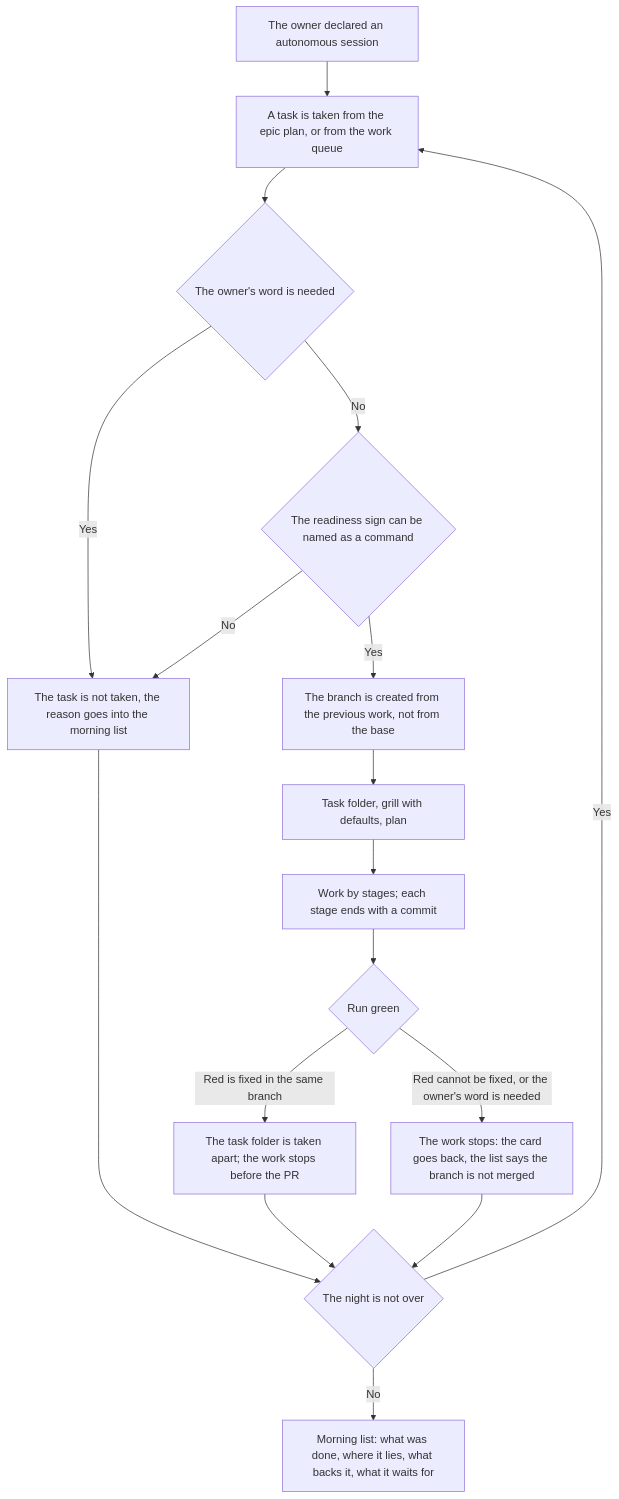
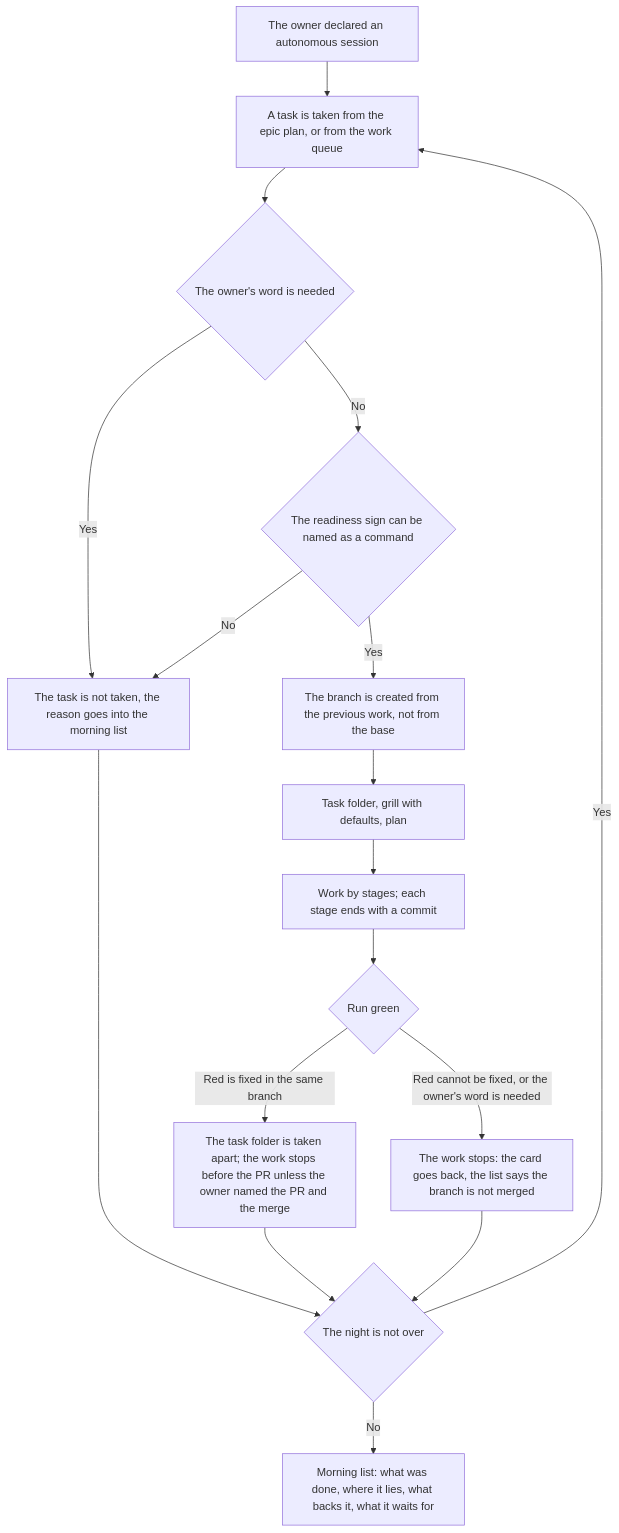
One commit to Eyhenij/rt-tools changed the diagram in .claude/skills/autonomous-work/SKILL.md. Above: the diagram before and after it, drawn with Mermaid. The commit also changed other lines of this file and 20 other files, not shown here.

````diff
--- a/.claude/skills/autonomous-work/SKILL.md
+++ b/.claude/skills/autonomous-work/SKILL.md
@@ -39,19 +39,19 @@
 ```mermaid
 flowchart TD
     A[The owner declared an autonomous session] --> B[A task is taken from the epic plan, or from the work queue]
     B --> C{The owner's word is needed}
     C -->|Yes| D[The task is not taken, the reason goes into the morning list]
     C -->|No| H{The readiness sign can be named as a command}
     H -->|No| D
     H -->|Yes| E[The branch is created from the previous work, not from the base]
     E --> F[Task folder, grill with defaults, plan]
     F --> G[Work by stages; each stage ends with a commit]
     G --> I{Run green}
-    I -->|Red is fixed in the same branch| J[The task folder is taken apart; the work stops before the PR]
+    I -->|Red is fixed in the same branch| J[The task folder is taken apart; the work stops before the PR unless the owner named the PR and the merge]
     I -->|Red cannot be fixed, or the owner's word is needed| X[The work stops: the card goes back, the list says the branch is not merged]
     X --> K
     J --> K{The night is not over}
     K -->|Yes| B
     K -->|No| L[Morning list: what was done, where it lies, what backs it, what it waits for]
     D --> K
 ```
````
